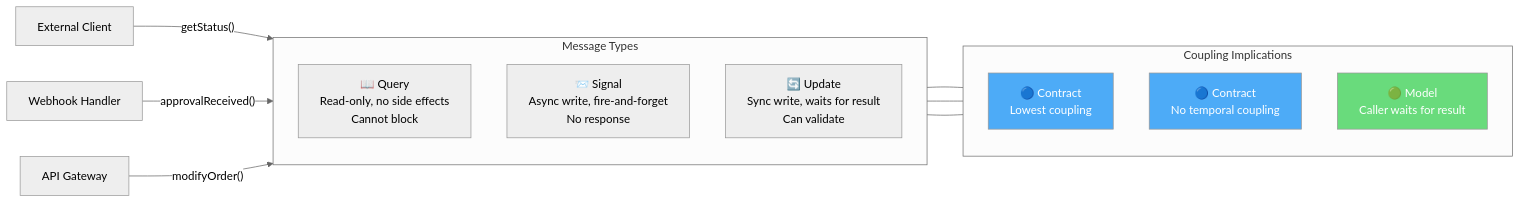
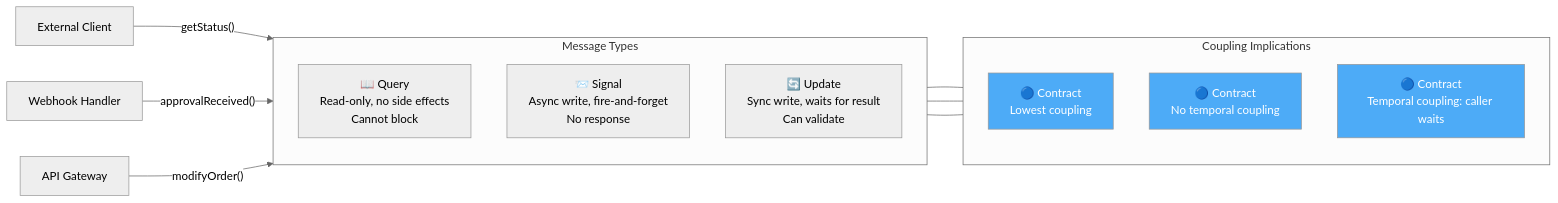
One commit to anaerobic/coupling changed the fourth of 12 diagrams in durable-execution-orchestration.md. Above: the diagram before and after it, drawn with Mermaid (neutral theme). The commit also changed other lines of this file and 8 other files, not shown here.

First line of the commit message:
Revise coupling docs: accuracy, model consistency, prose (#1)

````diff
--- a/durable-execution-orchestration.md
+++ b/durable-execution-orchestration.md
@@ -285,28 +345,28 @@
 ```mermaid
 flowchart LR
     subgraph messages ["Message Types"]
         direction TB
         Q["📖 Query<br/>Read-only, no side effects<br/>Cannot block"]
         S["📨 Signal<br/>Async write, fire-and-forget<br/>No response"]
         U["🔄 Update<br/>Sync write, waits for result<br/>Can validate"]
     end
 
     Client[External Client] -->|"getStatus()"| Q
     Webhook[Webhook Handler] -->|"approvalReceived()"| S
     API[API Gateway] -->|"modifyOrder()"| U
 
     subgraph coupling ["Coupling Implications"]
         direction TB
         QC["🔵 Contract<br/>Lowest coupling"]
         SC["🔵 Contract<br/>No temporal coupling"]
-        UC["🟢 Model<br/>Caller waits for result"]
+        UC["🔵 Contract<br/>Temporal coupling: caller waits"]
     end
 
     Q --- QC
     S --- SC
     U --- UC
 
     style QC fill:#4dabf7,color:#fff
     style SC fill:#4dabf7,color:#fff
-    style UC fill:#69db7c,color:#fff
+    style UC fill:#4dabf7,color:#fff
 ```
````
